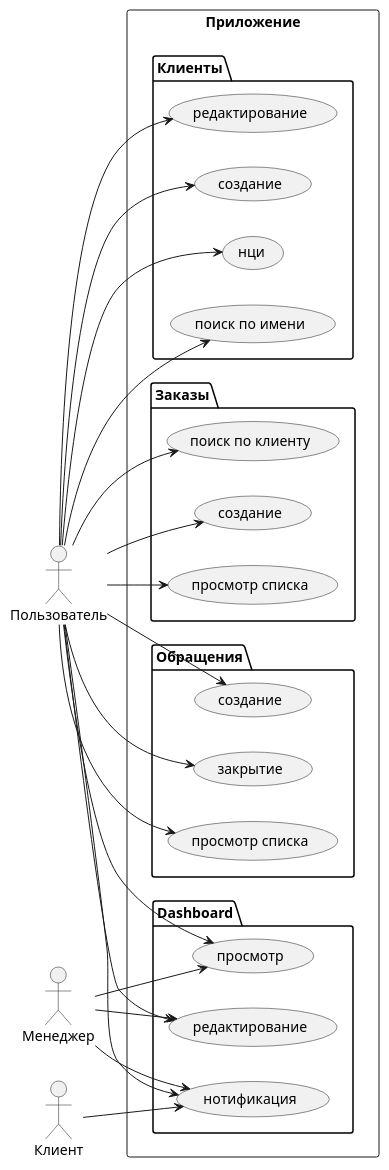
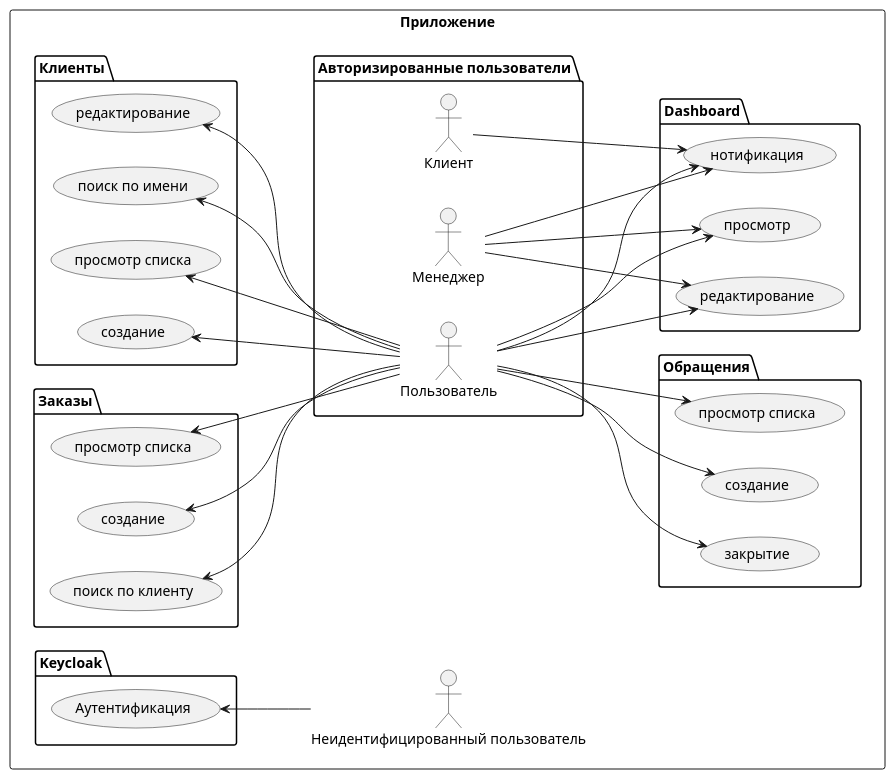
The diagram in use_case.puml (theotheo46/gb), drawn with PlantUML before and after one commit. The commit also changed 2 other files, not shown here.

```diff
--- a/use_case.puml
+++ b/use_case.puml
@@ -1,48 +1,56 @@
 @startuml
 left to right direction
-"Пользователь" as User
-"Менеджер" as Manager
-"Клиент" as Client
+'skinparam linetype ortho
 rectangle  Приложение as Application {
+  "Неидентифицированный пользователь" as Unknown
+  package "Авторизированные пользователи" as Auth {
+    "Пользователь" as User
+    "Менеджер" as Manager
+    "Клиент" as Client
+  }
   package Клиенты as Clients {
-    usecase "нци" as uc_client_list
+    usecase "просмотр списка" as uc_client_list
     usecase "поиск по имени" as uc_client_find
     usecase "редактирование" as uc_client_edit
     usecase "создание" as uc_client_add
   }
   package Заказы as Orders {
     usecase "просмотр списка" as uc_order_list
 '    usecase "просмотр списка по клиенту" as uc_order_by_client_list
     usecase "поиск по клиенту" as uc_order_find
     usecase "создание" as uc_order_add
   }
   package Обращения as ServiceRequests {
     usecase "просмотр списка" as uc_ser_req_list
     usecase "создание" as uc_ser_req_add
     usecase "закрытие" as uc_ser_req_close
   }
   package Dashboard {
     usecase "просмотр" as uc_dashboard_show
     usecase "редактирование" as uc_dashboard_edit
     usecase "нотификация" as uc_dashboard_notify
   }
+  package Keycloak {
+    usecase "Аутентификация" as uc_keyclock_auth
+  }
 }
-User --> uc_client_list
-User --> uc_client_find
-User --> uc_client_edit
-User --> uc_client_add
-User --> uc_order_list
+Unknown -up-> uc_keyclock_auth
+User -up-> uc_client_add
+User -up-> uc_client_list
+User -up-> uc_client_find
+User -up-> uc_client_edit
+User -up-> uc_order_list
 ' User --> uc_order_by_client_list
-User --> uc_order_find
-User --> uc_order_add
+User -up-> uc_order_find
+User -up-> uc_order_add
 User --> uc_ser_req_list
 User --> uc_ser_req_add
 User --> uc_ser_req_close
 User --> uc_dashboard_show
 User --> uc_dashboard_edit
 User --> uc_dashboard_notify
 Manager --> uc_dashboard_show
 Manager --> uc_dashboard_edit
 Manager --> uc_dashboard_notify
 Client --> uc_dashboard_notify
 @enduml
```
